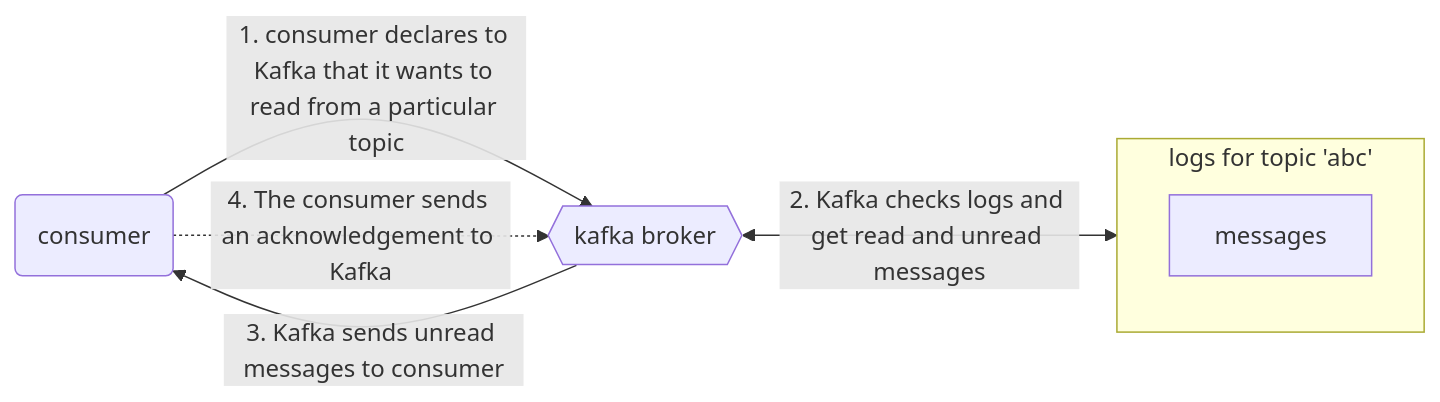
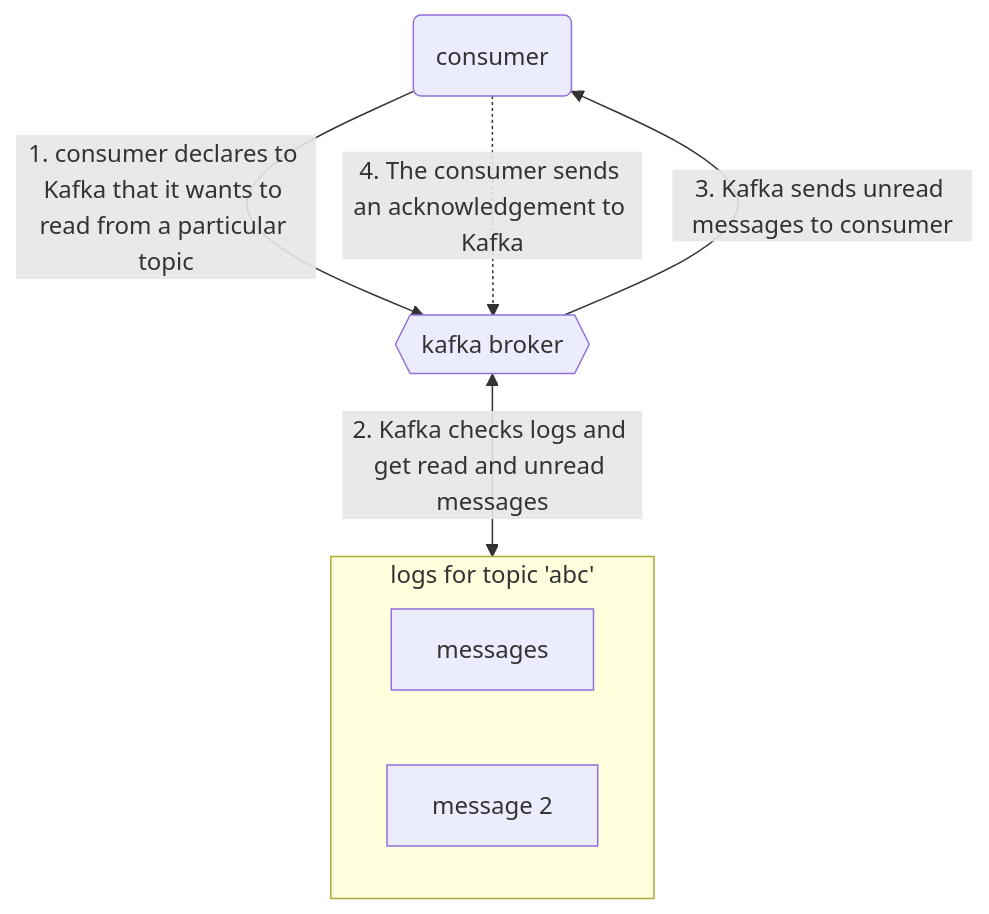
The second of 2 diagrams in kafka/readme.md (shayansm2/eng-notebook), drawn with Mermaid before and after one commit. The commit also changed other lines of this file, not shown here.

````diff
--- a/kafka/readme.md
+++ b/kafka/readme.md
@@ -79,12 +80,13 @@
 ```mermaid
-flowchart LR
+flowchart TB
     c(consumer)
     k{{kafka broker}}
     subgraph logs[logs for topic 'abc']
         m1[messages]
+        m2[message 2]
     end
     c-->|1. consumer declares to Kafka that it wants to read from a particular topic|k
     k<-->|2. Kafka checks logs and get read and unread messages|logs
     k-->|3. Kafka sends unread messages to consumer|c
     c-.->|4. The consumer sends an acknowledgement to Kafka|k
 ```
````
